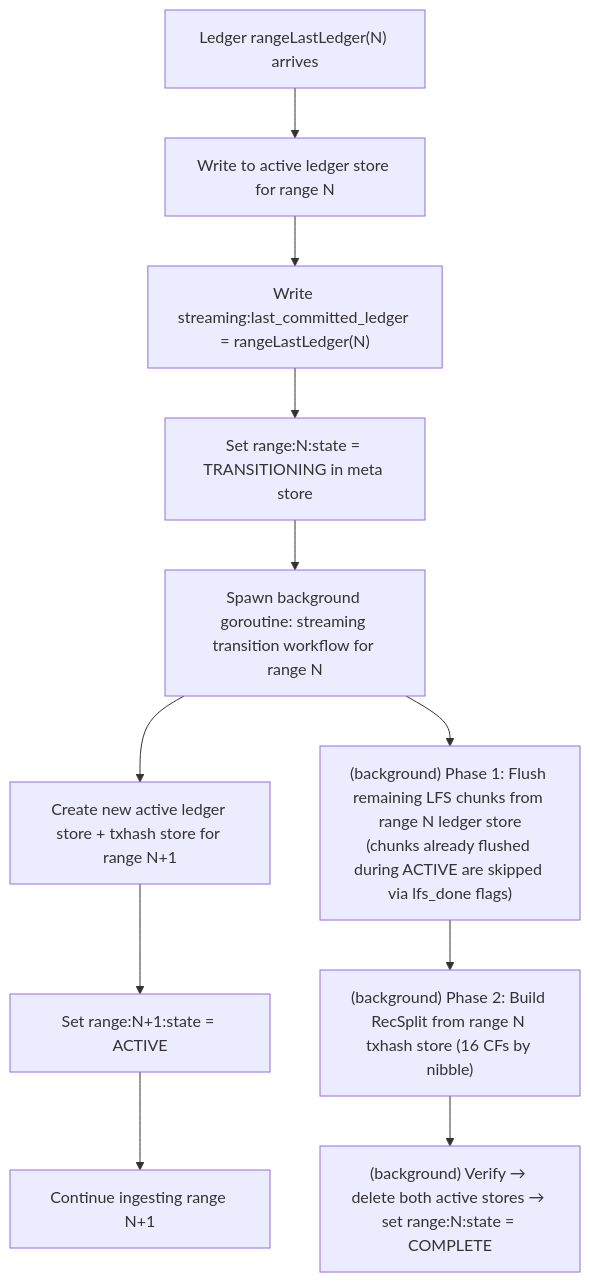
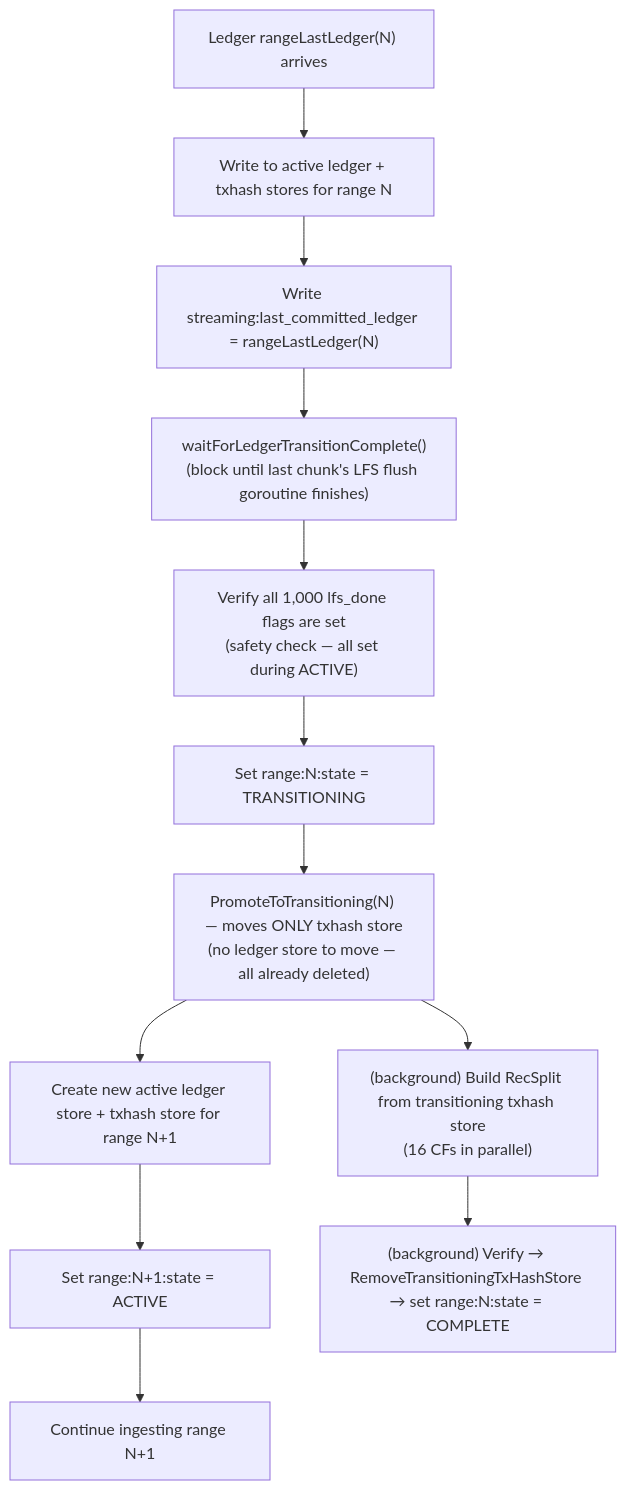
The first of 2 diagrams in design-docs-v2/11-checkpointing-and-transitions.md (karthikiyer56/stellar-full-history-ingestion), drawn with Mermaid before and after one commit. The commit also changed other lines of this file and 14 other files, not shown here.

First line of the commit message:
docs: fix streaming model — independent sub-flow transitions at chunk/range cadence

````diff
--- a/design-docs-v2/11-checkpointing-and-transitions.md
+++ b/design-docs-v2/11-checkpointing-and-transitions.md
@@ -163,13 +178,14 @@
 ```mermaid
 flowchart TD
-    A["Ledger rangeLastLedger(N) arrives"] --> B["Write to active ledger store for range N"]
+    A["Ledger rangeLastLedger(N) arrives"] --> B["Write to active ledger + txhash stores for range N"]
     B --> C["Write streaming:last_committed_ledger = rangeLastLedger(N)"]
-    C --> D["Set range:N:state = TRANSITIONING in meta store"]
-    D --> E["Spawn background goroutine: streaming transition workflow for range N"]
-    E --> F["Create new active ledger store + txhash store for range N+1"]
+    C --> W["waitForLedgerTransitionComplete()\n(block until last chunk's LFS flush goroutine finishes)"]
+    W --> V["Verify all 1,000 lfs_done flags are set\n(safety check — all set during ACTIVE)"]
+    V --> D["Set range:N:state = TRANSITIONING"]
+    D --> P["PromoteToTransitioning(N) — moves ONLY txhash store\n(no ledger store to move — all already deleted)"]
+    P --> F["Create new active ledger store + txhash store for range N+1"]
     F --> G["Set range:N+1:state = ACTIVE"]
     G --> H["Continue ingesting range N+1"]
-    E --> I["(background) Phase 1: Flush remaining LFS chunks from range N ledger store\n(chunks already flushed during ACTIVE are skipped via lfs_done flags)"]
-    I --> J["(background) Phase 2: Build RecSplit from range N txhash store (16 CFs by nibble)"]
-    J --> K["(background) Verify → delete both active stores → set range:N:state = COMPLETE"]
+    P --> R["(background) Build RecSplit from transitioning txhash store\n(16 CFs in parallel)"]
+    R --> K["(background) Verify → RemoveTransitioningTxHashStore → set range:N:state = COMPLETE"]
 ```
````
